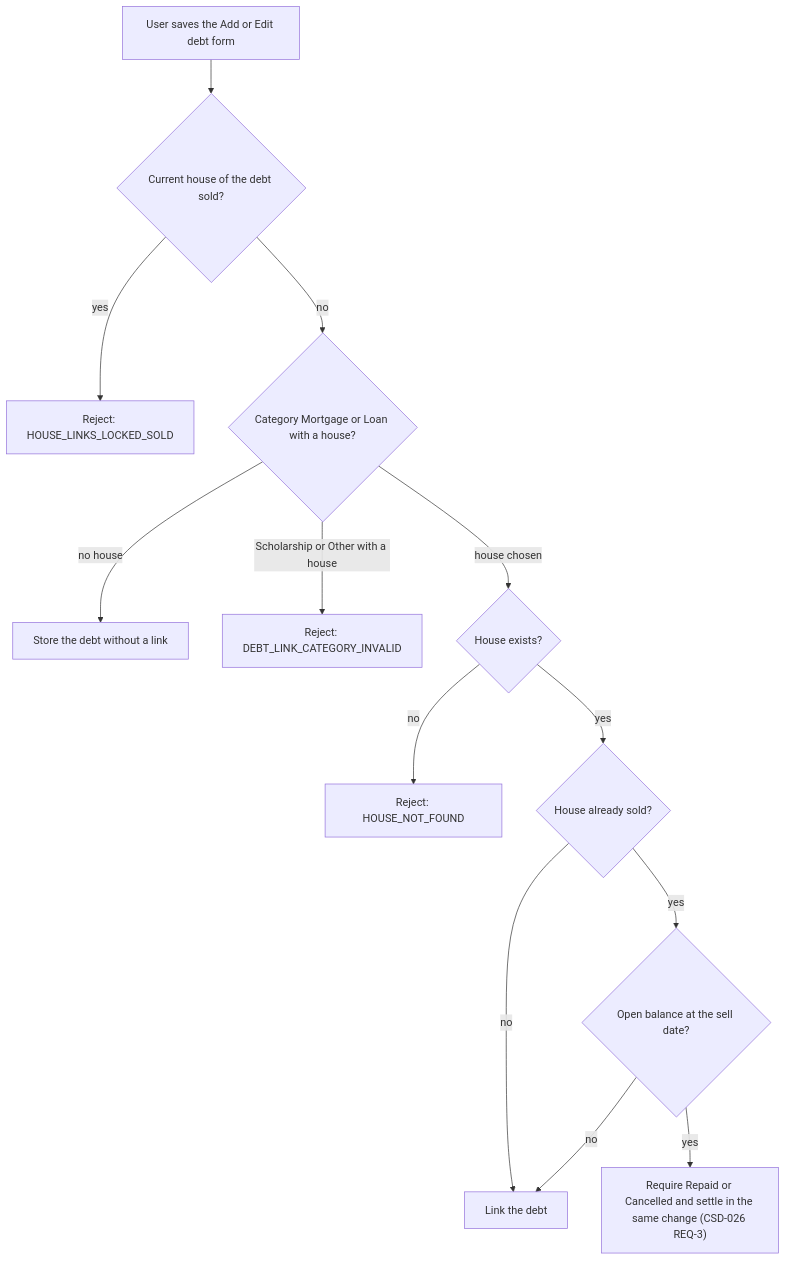
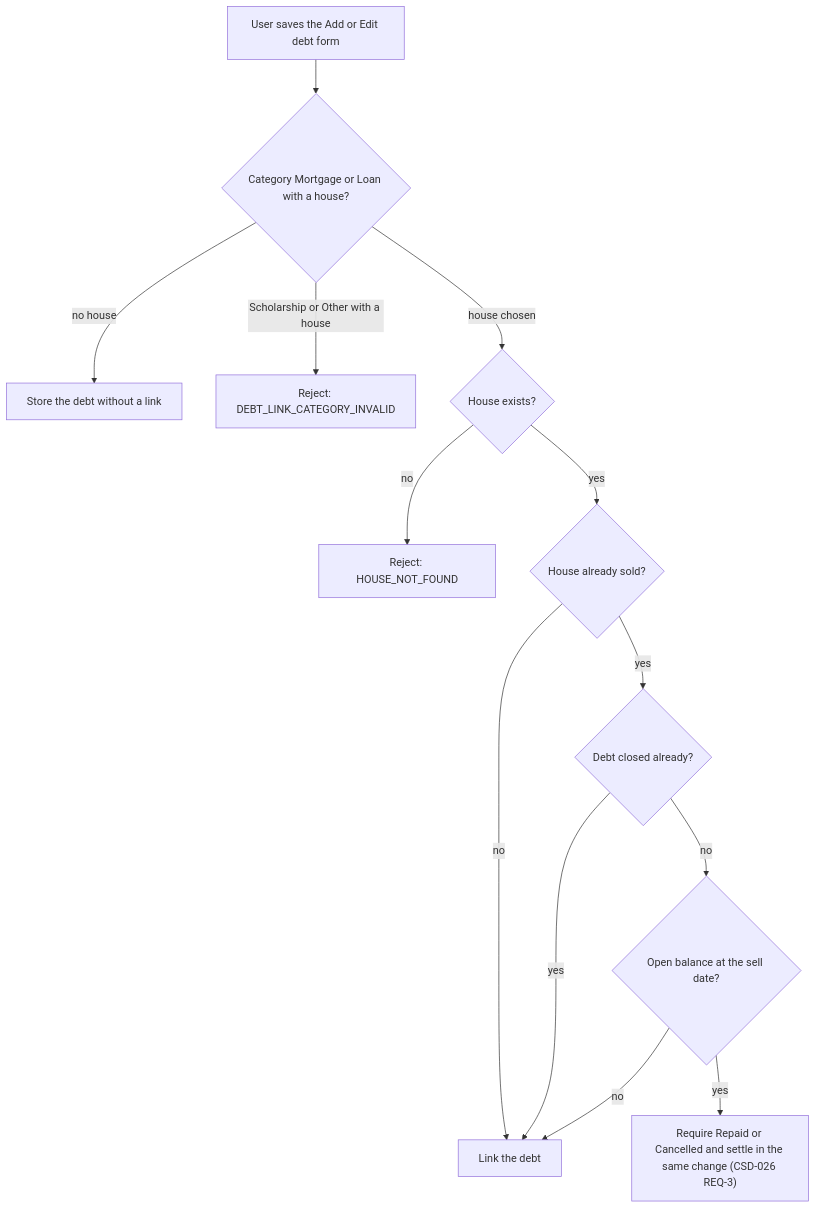
One commit to BardoelT/varde changed the first of 2 diagrams in docs/csd/CSD-020-debt-linked-to-house.md. Above: the diagram before and after it, drawn with Mermaid. The commit also changed other lines of this file and 3 other files, not shown here.

First line of the commit message:
docs(csd): close linked debts by hand and edit debts of sold houses

````diff
--- a/docs/csd/CSD-020-debt-linked-to-house.md
+++ b/docs/csd/CSD-020-debt-linked-to-house.md
@@ -48,15 +48,15 @@
 ```mermaid
 flowchart TD
-    S["User saves the Add or Edit debt form"] --> K{"Current house of the debt sold?"}
-    K -- yes --> X1["Reject: HOUSE_LINKS_LOCKED_SOLD"]
-    K -- no --> C{"Category Mortgage or Loan with a house?"}
+    S["User saves the Add or Edit debt form"] --> C{"Category Mortgage or Loan with a house?"}
     C -- "no house" --> N["Store the debt without a link"]
     C -- "Scholarship or Other with a house" --> X2["Reject: DEBT_LINK_CATEGORY_INVALID"]
     C -- "house chosen" --> E{"House exists?"}
     E -- no --> X3["Reject: HOUSE_NOT_FOUND"]
     E -- yes --> H{"House already sold?"}
     H -- no --> L["Link the debt"]
-    H -- yes --> O{"Open balance at the sell date?"}
+    H -- yes --> Z{"Debt closed already?"}
+    Z -- yes --> L
+    Z -- no --> O{"Open balance at the sell date?"}
     O -- no --> L
     O -- yes --> R["Require Repaid or Cancelled and settle in the same change (CSD-026 REQ-3)"]
 ```
````
